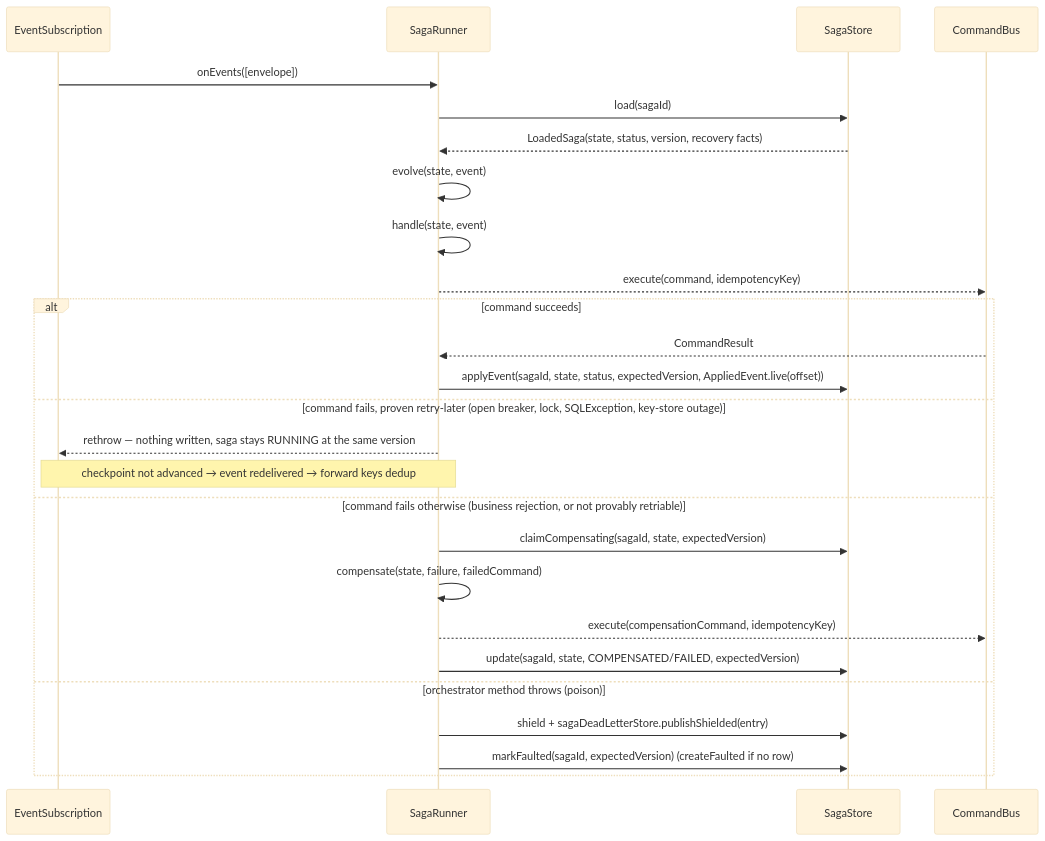
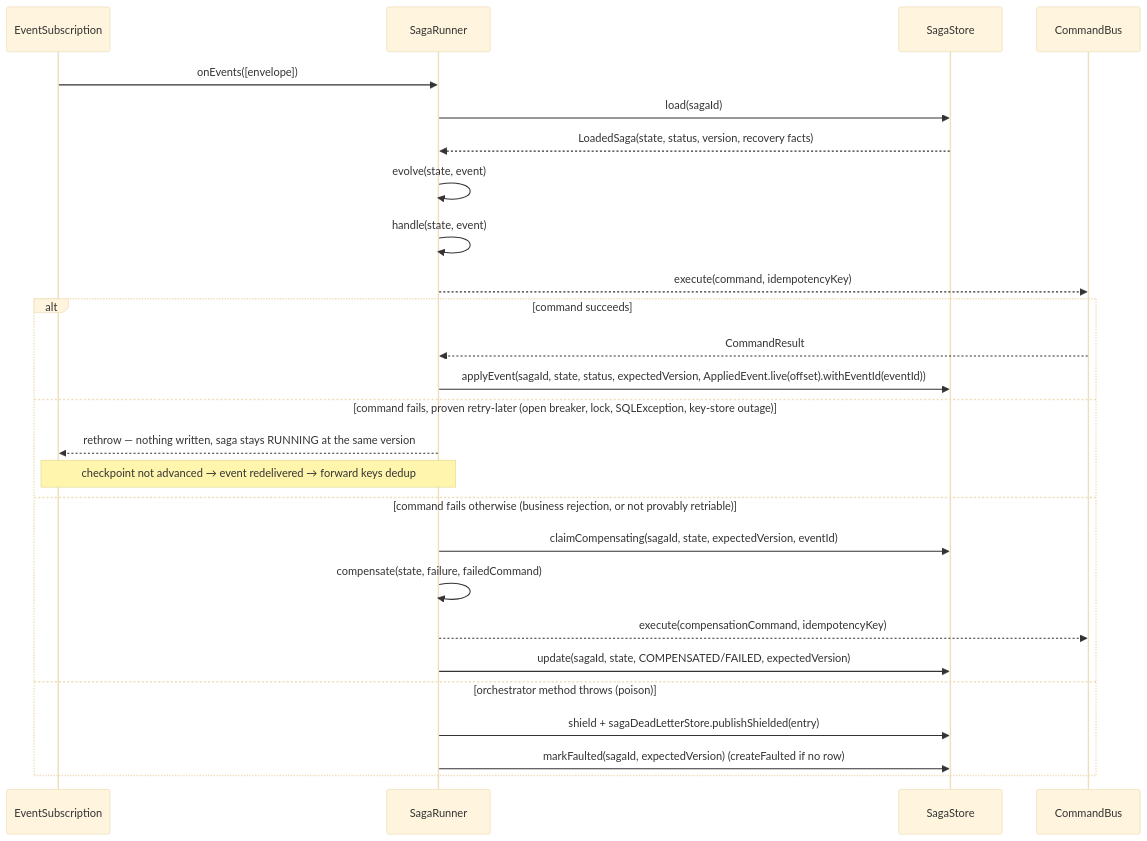
One commit to StreamRune/streamrune changed the diagram in docs/guide/advanced/saga.md. Above: the diagram before and after it, drawn with Mermaid (base theme). The commit also changed other lines of this file and 36 other files, not shown here.

First line of the commit message:
feat(saga): compensation commands carry the event that opened the episode as their causation id (#32)

````diff
--- a/docs/guide/advanced/saga.md
+++ b/docs/guide/advanced/saga.md
@@ -28,29 +28,29 @@
 ```mermaid
 sequenceDiagram
     participant Sub as EventSubscription
     participant Runner as SagaRunner
     participant Store as SagaStore
     participant Bus as CommandBus
 
     Sub->>Runner: onEvents([envelope])
     Runner->>Store: load(sagaId)
     Store-->>Runner: LoadedSaga(state, status, version, recovery facts)
     Runner->>Runner: evolve(state, event)
     Runner->>Runner: handle(state, event)
     Runner-->>Bus: execute(command, idempotencyKey)
     alt command succeeds
         Bus-->>Runner: CommandResult
-        Runner->>Store: applyEvent(sagaId, state, status, expectedVersion, AppliedEvent.live(offset))
+        Runner->>Store: applyEvent(sagaId, state, status, expectedVersion, AppliedEvent.live(offset).withEventId(eventId))
     else command fails, proven retry-later (open breaker, lock, SQLException, key-store outage)
         Runner-->>Sub: rethrow — nothing written, saga stays RUNNING at the same version
         Note over Sub,Runner: checkpoint not advanced → event redelivered → forward keys dedup
     else command fails otherwise (business rejection, or not provably retriable)
-        Runner->>Store: claimCompensating(sagaId, state, expectedVersion)
+        Runner->>Store: claimCompensating(sagaId, state, expectedVersion, eventId)
         Runner->>Runner: compensate(state, failure, failedCommand)
         Runner-->>Bus: execute(compensationCommand, idempotencyKey)
         Runner->>Store: update(sagaId, state, COMPENSATED/FAILED, expectedVersion)
     else orchestrator method throws (poison)
         Runner->>Store: shield + sagaDeadLetterStore.publishShielded(entry)
         Runner->>Store: markFaulted(sagaId, expectedVersion) (createFaulted if no row)
     end
 ```
````
